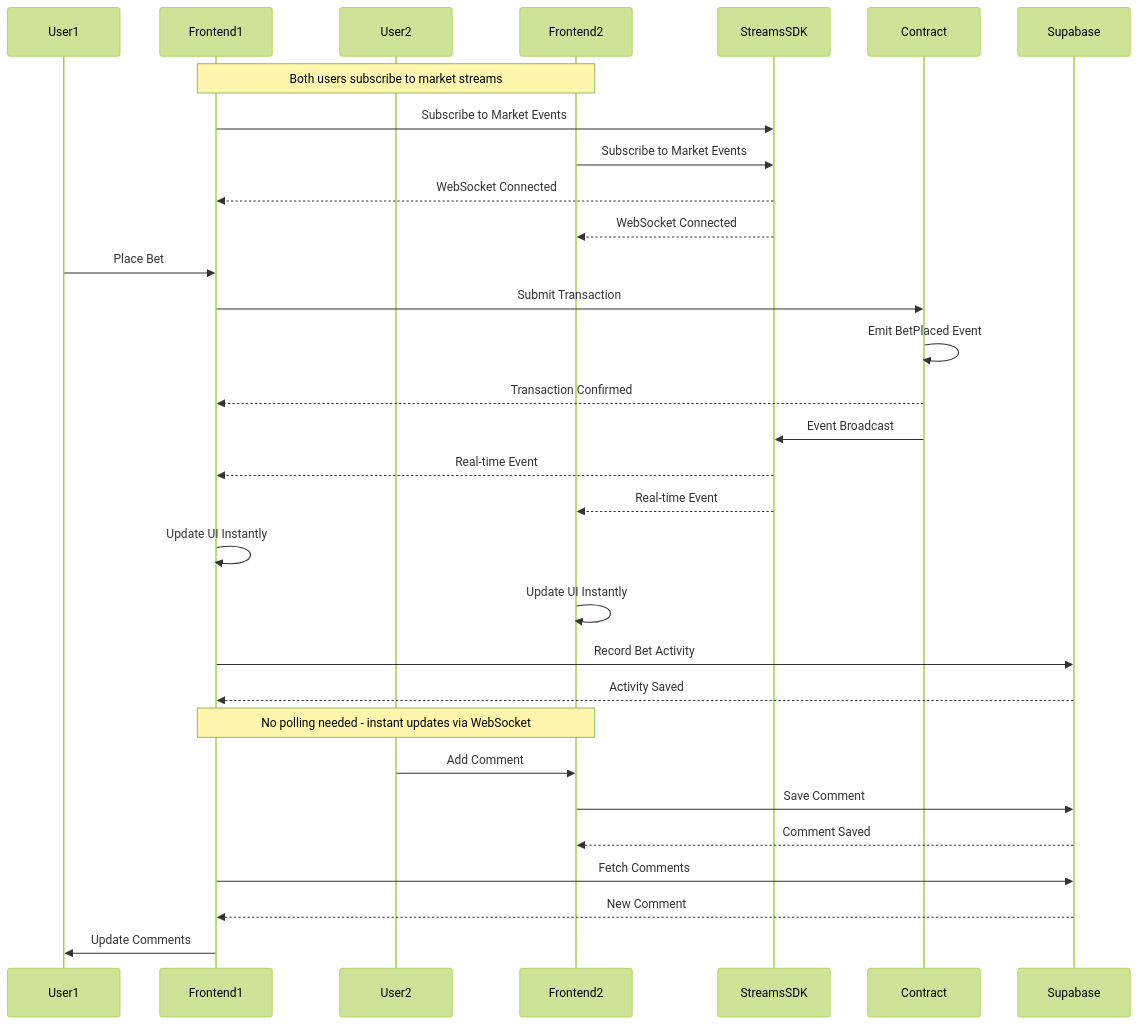
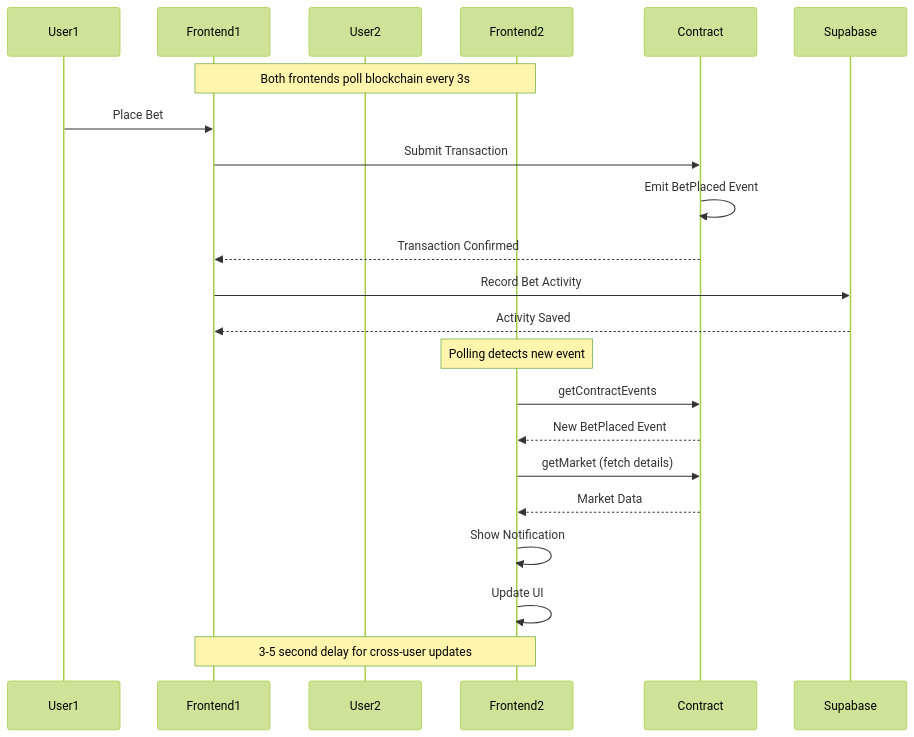
One commit to enliven17/somnia-predict changed the ninth of 12 diagrams in diagrams.md. Above: the diagram before and after it, drawn with Mermaid (forest theme). The commit also changed other lines of this file and 4 other files, not shown here.

````diff
--- a/diagrams.md
+++ b/diagrams.md
@@ -295,41 +293,31 @@
 ```mermaid
 sequenceDiagram
     participant User1
     participant Frontend1
     participant User2
     participant Frontend2
-    participant StreamsSDK
     participant Contract
     participant Supabase
     
-    Note over Frontend1,Frontend2: Both users subscribe to market streams
-    Frontend1->>StreamsSDK: Subscribe to Market Events
-    Frontend2->>StreamsSDK: Subscribe to Market Events
-    StreamsSDK-->>Frontend1: WebSocket Connected
-    StreamsSDK-->>Frontend2: WebSocket Connected
+    Note over Frontend1,Frontend2: Both frontends poll blockchain every 3s
     
     User1->>Frontend1: Place Bet
     Frontend1->>Contract: Submit Transaction
     Contract->>Contract: Emit BetPlaced Event
     Contract-->>Frontend1: Transaction Confirmed
     
-    Contract->>StreamsSDK: Event Broadcast
-    StreamsSDK-->>Frontend1: Real-time Event
-    StreamsSDK-->>Frontend2: Real-time Event
-    
-    Frontend1->>Frontend1: Update UI Instantly
-    Frontend2->>Frontend2: Update UI Instantly
-    
     Frontend1->>Supabase: Record Bet Activity
     Supabase-->>Frontend1: Activity Saved
     
-    Note over Frontend1,Frontend2: No polling needed - instant updates via WebSocket
+    Note over Frontend2: Polling detects new event
+    Frontend2->>Contract: getContractEvents
+    Contract-->>Frontend2: New BetPlaced Event
     
-    User2->>Frontend2: Add Comment
-    Frontend2->>Supabase: Save Comment
-    Supabase-->>Frontend2: Comment Saved
+    Frontend2->>Contract: getMarket (fetch details)
+    Contract-->>Frontend2: Market Data
     
-    Frontend1->>Supabase: Fetch Comments
-    Supabase-->>Frontend1: New Comment
-    Frontend1->>User1: Update Comments
+    Frontend2->>Frontend2: Show Notification
+    Frontend2->>Frontend2: Update UI
+    
+    Note over Frontend1,Frontend2: 3-5 second delay for cross-user updates
 ```
````
